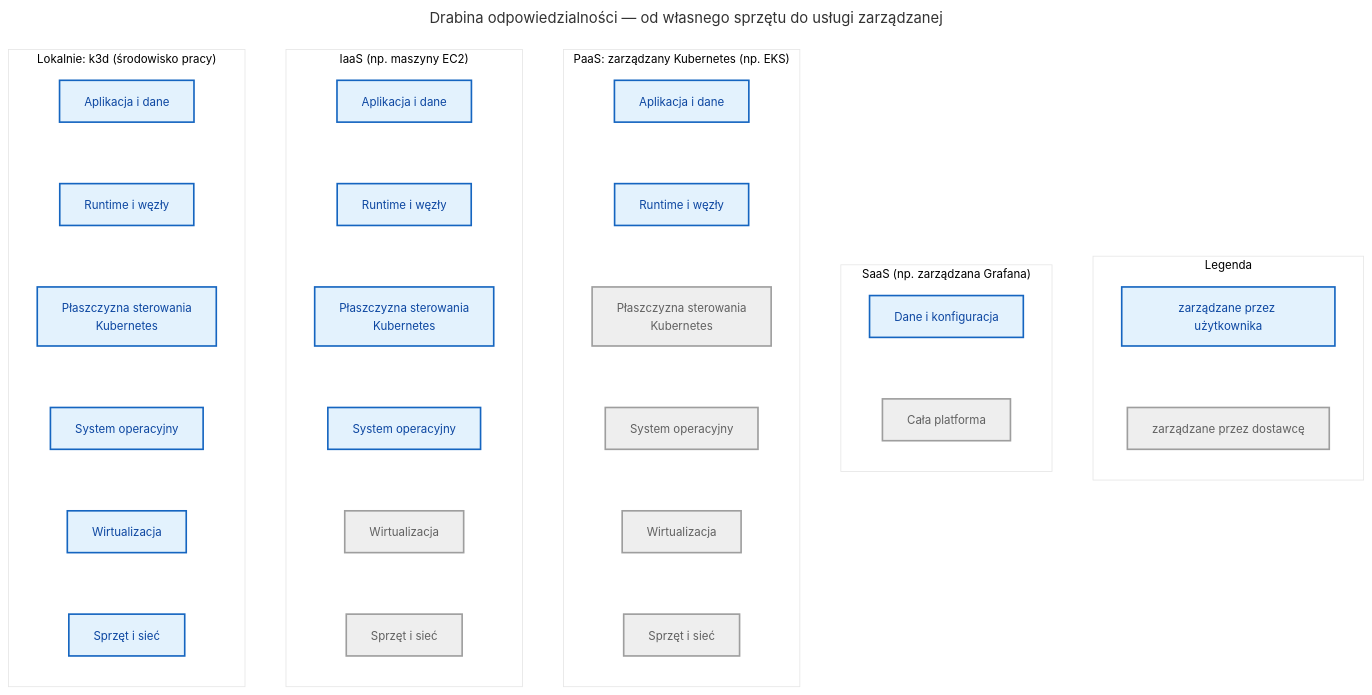
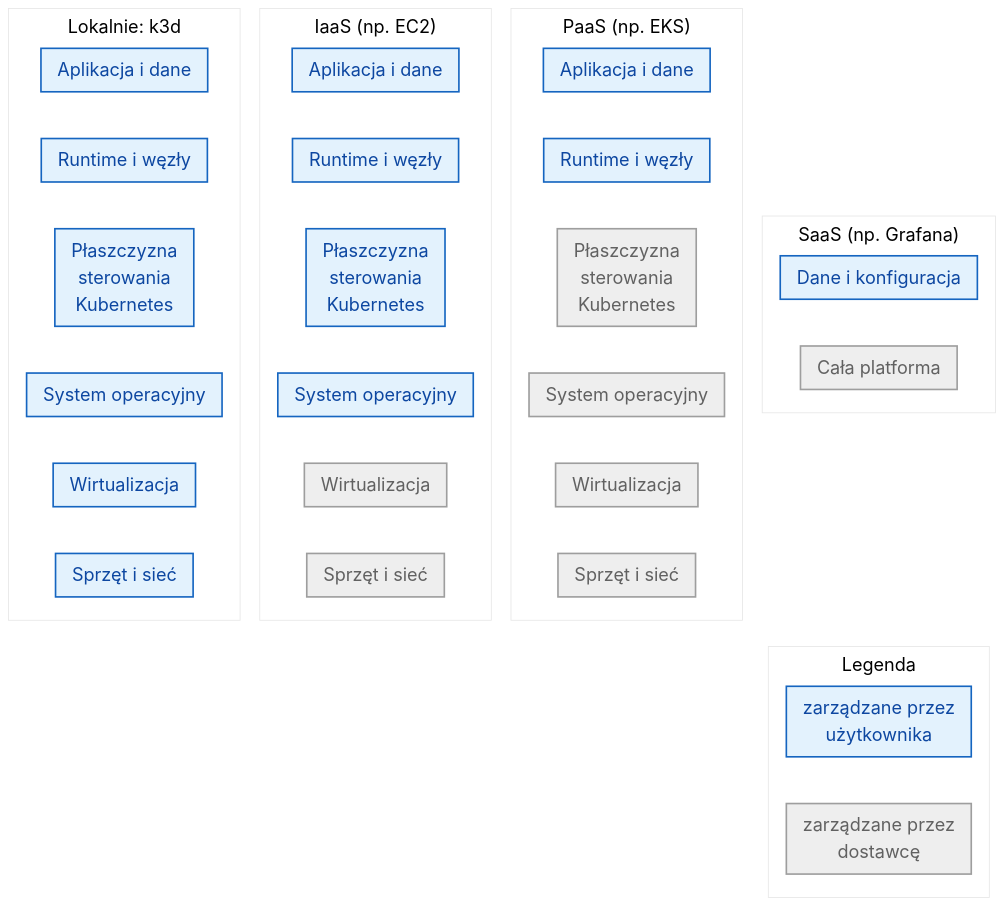
One commit to mwas-inz/bsc-devops changed the diagram in docs/diagrams/01-teoria/teoria-02-shared-responsibility.mmd. Above: the diagram before and after it, drawn with Mermaid. The commit also changed 51 other files, not shown here.

First line of the commit message:
docs(diagrams): rework Mermaid diagrams for print legibility

```diff
--- a/docs/diagrams/01-teoria/teoria-02-shared-responsibility.mmd
+++ b/docs/diagrams/01-teoria/teoria-02-shared-responsibility.mmd
@@ -1,51 +1,62 @@
 ---
-title: Drabina odpowiedzialności — od własnego sprzętu do usługi zarządzanej
 config:
   theme: neo
+  themeVariables:
+    fontSize: 22px
+  flowchart:
+    nodeSpacing: 24
+    rankSpacing: 32
+    padding: 10
+    subGraphTitleMargin:
+      top: 6
+      bottom: 14
+    diagramPadding: 8
+    wrappingWidth: 600
 ---
-flowchart LR
-    subgraph c1["Lokalnie: k3d (środowisko pracy)"]
-        direction TB
-        a1["Aplikacja i dane"] ~~~ b1["Runtime i węzły"]
-        b1 ~~~ p1["Płaszczyzna sterowania<br/>Kubernetes"]
-        p1 ~~~ o1["System operacyjny"] ~~~ v1["Wirtualizacja"] ~~~ h1["Sprzęt i sieć"]
-    end
-
-    subgraph c2["IaaS (np. maszyny EC2)"]
-        direction TB
-        a2["Aplikacja i dane"] ~~~ b2["Runtime i węzły"]
-        b2 ~~~ p2["Płaszczyzna sterowania<br/>Kubernetes"]
-        p2 ~~~ o2["System operacyjny"] ~~~ v2["Wirtualizacja"] ~~~ h2["Sprzęt i sieć"]
-    end
-
-    subgraph c3["PaaS: zarządzany Kubernetes (np. EKS)"]
-        direction TB
-        a3["Aplikacja i dane"] ~~~ b3["Runtime i węzły"]
-        b3 ~~~ p3["Płaszczyzna sterowania<br/>Kubernetes"]
-        p3 ~~~ o3["System operacyjny"] ~~~ v3["Wirtualizacja"] ~~~ h3["Sprzęt i sieć"]
-    end
-
-    subgraph c4["SaaS (np. zarządzana Grafana)"]
+%% Drabina odpowiedzialności — od własnego sprzętu do usługi zarządzanej
+flowchart TB
+    subgraph c4["SaaS (np. Grafana)"]
         direction TB
         a4["Dane i konfiguracja"] ~~~ plat4["Cała platforma"]
     end
 
+    subgraph c3["PaaS (np. EKS)"]
+        direction TB
+        a3["Aplikacja i dane"] ~~~ b3["Runtime i węzły"]
+        b3 ~~~ p3["Płaszczyzna<br/>sterowania<br/>Kubernetes"]
+        p3 ~~~ o3["System operacyjny"] ~~~ v3["Wirtualizacja"] ~~~ h3["Sprzęt i sieć"]
+    end
+
+    subgraph c2["IaaS (np. EC2)"]
+        direction TB
+        a2["Aplikacja i dane"] ~~~ b2["Runtime i węzły"]
+        b2 ~~~ p2["Płaszczyzna<br/>sterowania<br/>Kubernetes"]
+        p2 ~~~ o2["System operacyjny"] ~~~ v2["Wirtualizacja"] ~~~ h2["Sprzęt i sieć"]
+    end
+
+    subgraph c1["Lokalnie: k3d"]
+        direction TB
+        a1["Aplikacja i dane"] ~~~ b1["Runtime i węzły"]
+        b1 ~~~ p1["Płaszczyzna<br/>sterowania<br/>Kubernetes"]
+        p1 ~~~ o1["System operacyjny"] ~~~ v1["Wirtualizacja"] ~~~ h1["Sprzęt i sieć"]
+    end
+
     subgraph leg["Legenda"]
         direction TB
-        legU["zarządzane przez użytkownika"] ~~~ legP["zarządzane przez dostawcę"]
+        legU["zarządzane przez<br/>użytkownika"] ~~~ legP["zarządzane przez<br/>dostawcę"]
     end
 
-    c1 ~~~ c2 ~~~ c3 ~~~ c4 ~~~ leg
+    c4 ~~~ leg
 
     classDef user fill:#e3f2fd,stroke:#1565c0,color:#0d47a1;
     classDef provider fill:#eeeeee,stroke:#9e9e9e,color:#616161;
 
     class a1,b1,p1,o1,v1,h1 user;
     class a2,b2,p2,o2 user;
     class v2,h2 provider;
     class a3,b3 user;
     class p3,o3,v3,h3 provider;
     class a4 user;
     class plat4 provider;
     class legU user;
     class legP provider;
```
